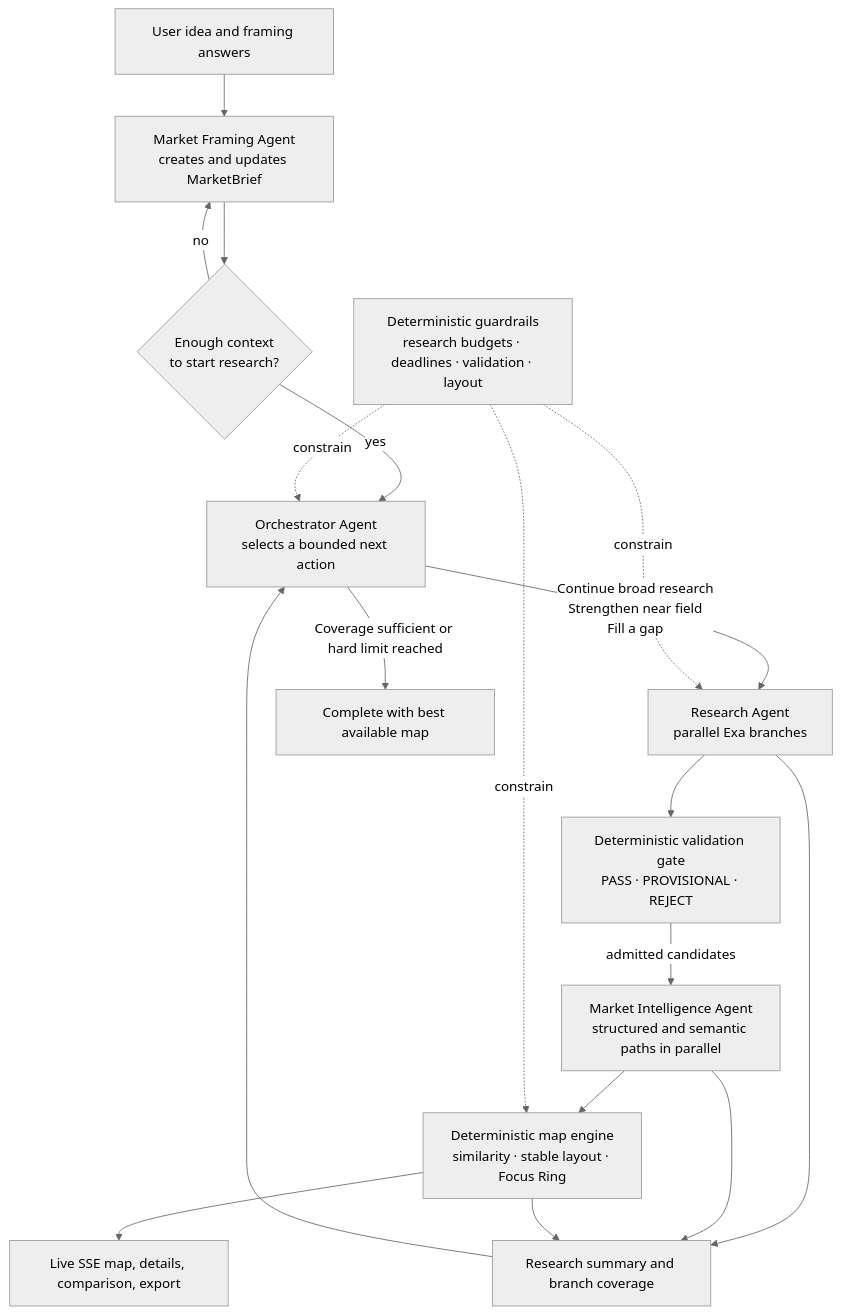
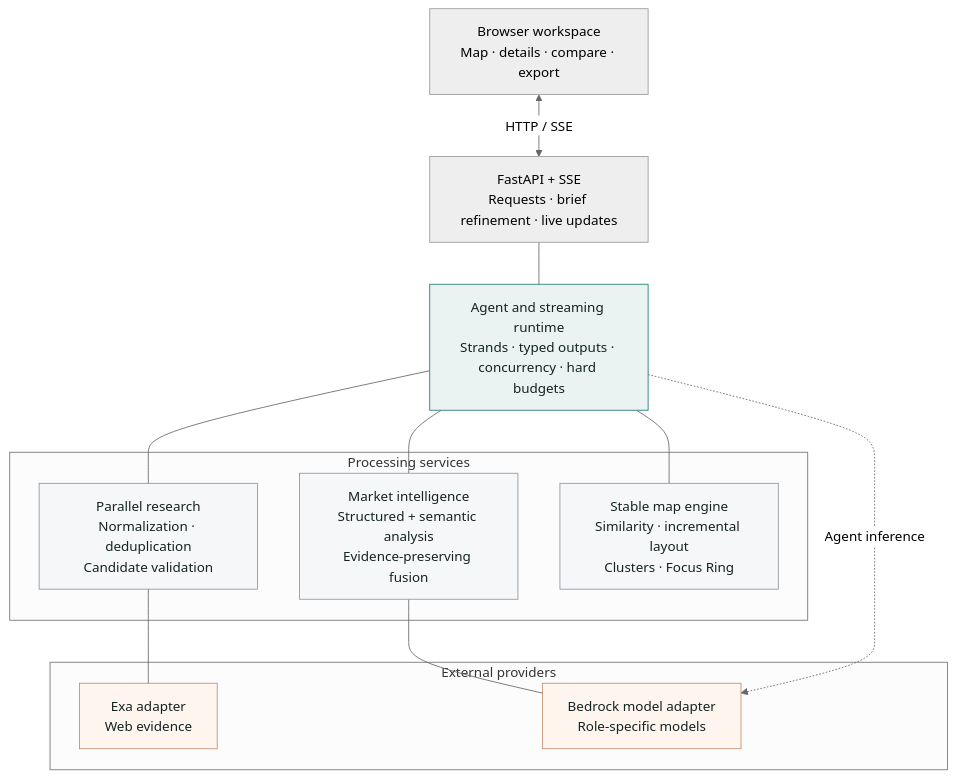
Before and after one commit to ViviLoveAI/RivalMap: the second of 2 diagrams in README.md, drawn with Mermaid (neutral theme). The commit also changed other lines of this file, not shown here.

Commit message:
docs: clarify agent collaboration and system architecture

````diff
--- a/README.md
+++ b/README.md
@@ -109,23 +92,33 @@
 ```mermaid
 flowchart TB
-    User[User idea and framing answers] --> Framing[Market Framing Agent<br/>creates and updates MarketBrief]
-    Framing --> Ready{Enough context<br/>to start research?}
-    Ready -- no --> Framing
-    Ready -- yes --> Orchestrator[Orchestrator Agent<br/>selects a bounded next action]
+    UI[Browser workspace<br/>Map · details · compare · export]
+    API[FastAPI + SSE<br/>Requests · brief refinement · live updates]
+    Runtime[Agent and streaming runtime<br/>Strands · typed outputs · concurrency · hard budgets]
 
-    Orchestrator -->|Continue broad research<br/>Strengthen near field<br/>Fill a gap| Research[Research Agent<br/>parallel Exa branches]
-    Research --> Validation[Deterministic validation gate<br/>PASS · PROVISIONAL · REJECT]
-    Validation -->|admitted candidates| Intelligence[Market Intelligence Agent<br/>structured and semantic paths in parallel]
-    Intelligence --> Map[Deterministic map engine<br/>similarity · stable layout · Focus Ring]
-    Map --> UI[Live SSE map, details, comparison, export]
+    subgraph Services[Processing services]
+        Research[Parallel research<br/>Normalization · deduplication<br/>Candidate validation]
+        Intelligence[Market intelligence<br/>Structured + semantic analysis<br/>Evidence-preserving fusion]
+        Map[Stable map engine<br/>Similarity · incremental layout<br/>Clusters · Focus Ring]
+    end
 
-    Research --> Coverage[Research summary and branch coverage]
-    Intelligence --> Coverage
-    Map --> Coverage
-    Coverage --> Orchestrator
-    Orchestrator -->|Coverage sufficient or hard limit reached| Complete[Complete with best available map]
+    subgraph Providers[External providers]
+        Exa[Exa adapter<br/>Web evidence]
+        Bedrock[Bedrock model adapter<br/>Role-specific models]
+    end
 
-    Guardrails[Deterministic guardrails<br/>research budgets · deadlines · validation · layout] -. constrain .-> Orchestrator
-    Guardrails -. constrain .-> Research
-    Guardrails -. constrain .-> Map
+    UI <-->|HTTP / SSE| API
+    API --- Runtime
+    Runtime --- Research
+    Runtime --- Intelligence
+    Runtime --- Map
+    Research --- Exa
+    Intelligence --- Bedrock
+    Runtime -.->|Agent inference| Bedrock
+
+    classDef agent fill:#eaf3f1,stroke:#197a73,color:#132321
+    classDef service fill:#f6f7f9,stroke:#8a969e,color:#132321
+    classDef provider fill:#fff5ef,stroke:#c38b6b,color:#132321
+    class Runtime agent
+    class Research,Intelligence,Map service
+    class Exa,Bedrock provider
 ```
````
